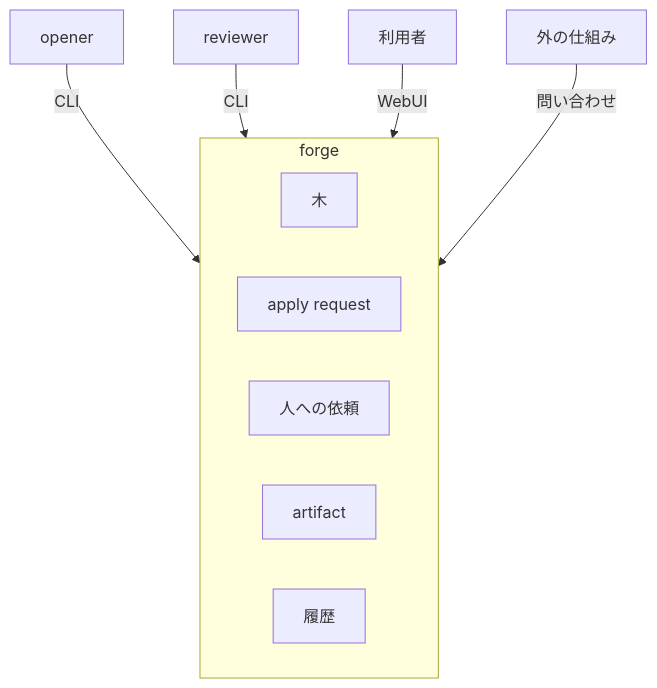
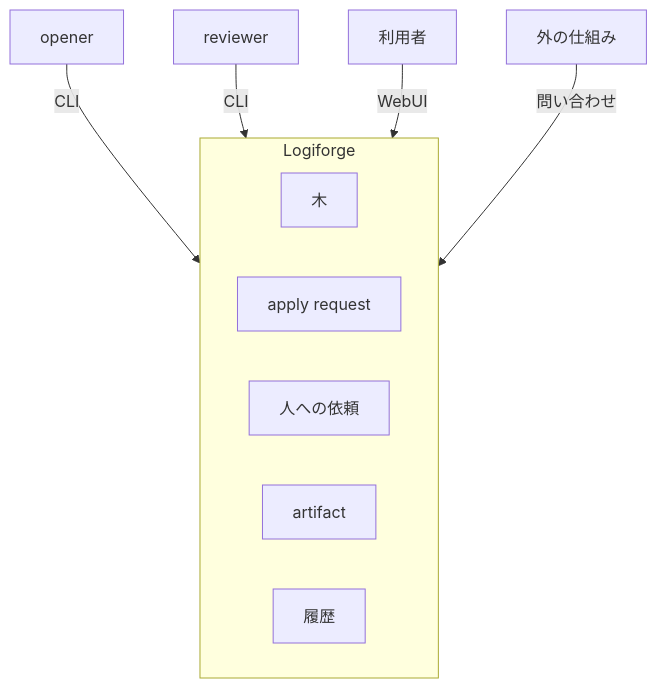
Before and after one commit to yamambainc/logiforge: the diagram in docs/architecture/README.md, drawn with Mermaid. The commit also changed other lines of this file and 43 other files, not shown here.

````diff
--- a/docs/architecture/README.md
+++ b/docs/architecture/README.md
@@ -7,14 +7,14 @@
 ```mermaid
 flowchart TB
   O["opener"] -- CLI --> S
   R["reviewer"] -- CLI --> S
   U["利用者"] -- WebUI --> S
-  subgraph S["forge"]
+  subgraph S["Logiforge"]
     T1["木"]
     T2["apply request"]
     T3["人への依頼"]
     F["artifact"]
     L["履歴"]
   end
   X["外の仕組み"] -- 問い合わせ --> S
 ```
````
